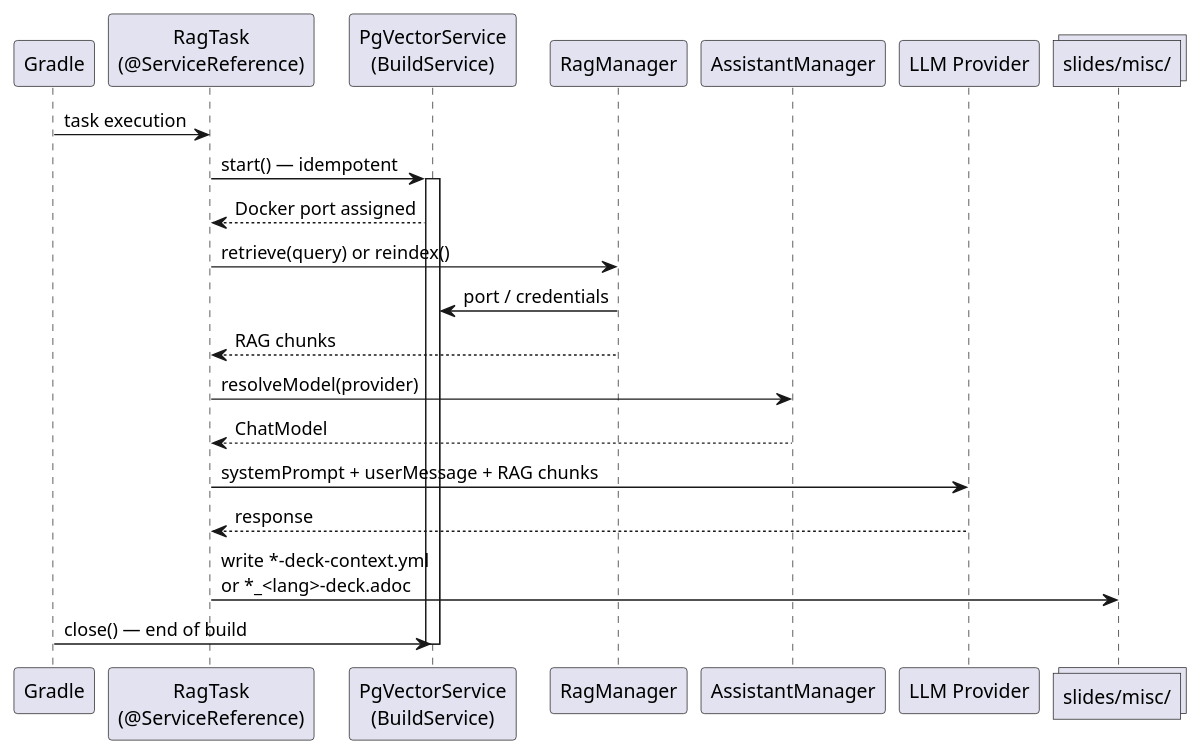
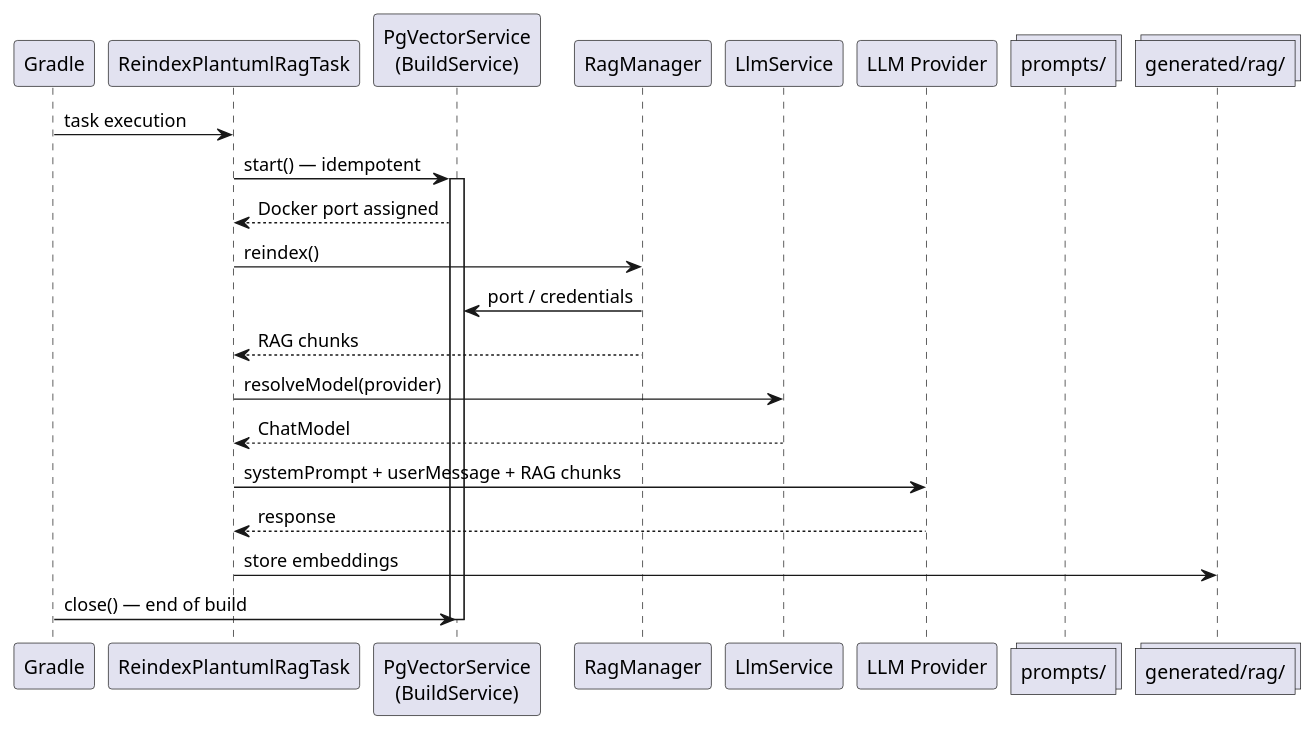
The second of 4 diagrams in plantuml-plugin/README_truth.adoc (cheroliv/plantuml-gradle), drawn with PlantUML before and after one commit. The commit also changed other lines of this file and 8 other files, not shown here.

Commit message:
Rename plugin from Slider to PlantUML and update documentation to reflect new focus on AI-driven PlantUML diagram generation.

```diff
--- a/plantuml-plugin/README_truth.adoc
+++ b/plantuml-plugin/README_truth.adoc
@@ -452,32 +346,33 @@
 [plantuml]
 ----
 @startuml
 participant "Gradle" as G
-participant "RagTask\n(@ServiceReference)" as RT
+participant "ReindexPlantumlRagTask" as RT
 participant "PgVectorService\n(BuildService)" as PGS
 participant "RagManager" as RM
-participant "AssistantManager" as AM
+participant "LlmService" as LS
 participant "LLM Provider" as LLM
-collections "slides/misc/" as Files
+collections "prompts/" as Files
+collections "generated/rag/" as RAG
 
 G -> RT : task execution
 RT -> PGS : start() — idempotent
 activate PGS
 PGS --> RT : Docker port assigned
 
-RT -> RM : retrieve(query) or reindex()
+RT -> RM : reindex()
 RM -> PGS : port / credentials
 RM --> RT : RAG chunks
 
-RT -> AM : resolveModel(provider)
-AM --> RT : ChatModel
+RT -> LS : resolveModel(provider)
+LS --> RT : ChatModel
 
 RT -> LLM : systemPrompt + userMessage + RAG chunks
 LLM --> RT : response
 
-RT -> Files : write *-deck-context.yml\nor *_<lang>-deck.adoc
+RT -> RAG : store embeddings
 
 G -> PGS : close() — end of build
 deactivate PGS
 @enduml
 ----
```
